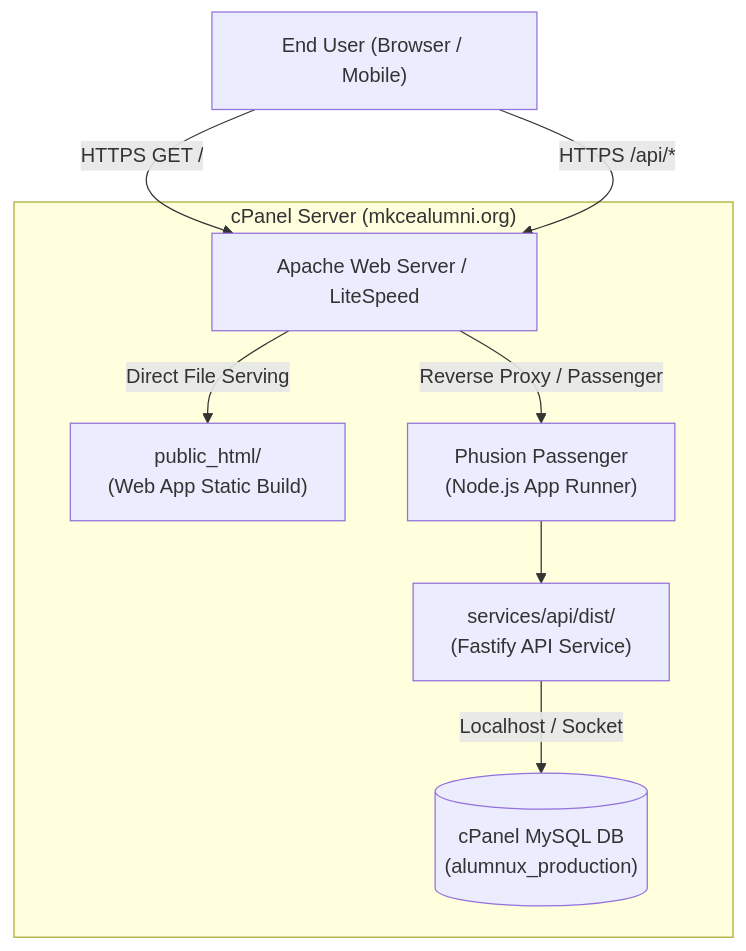
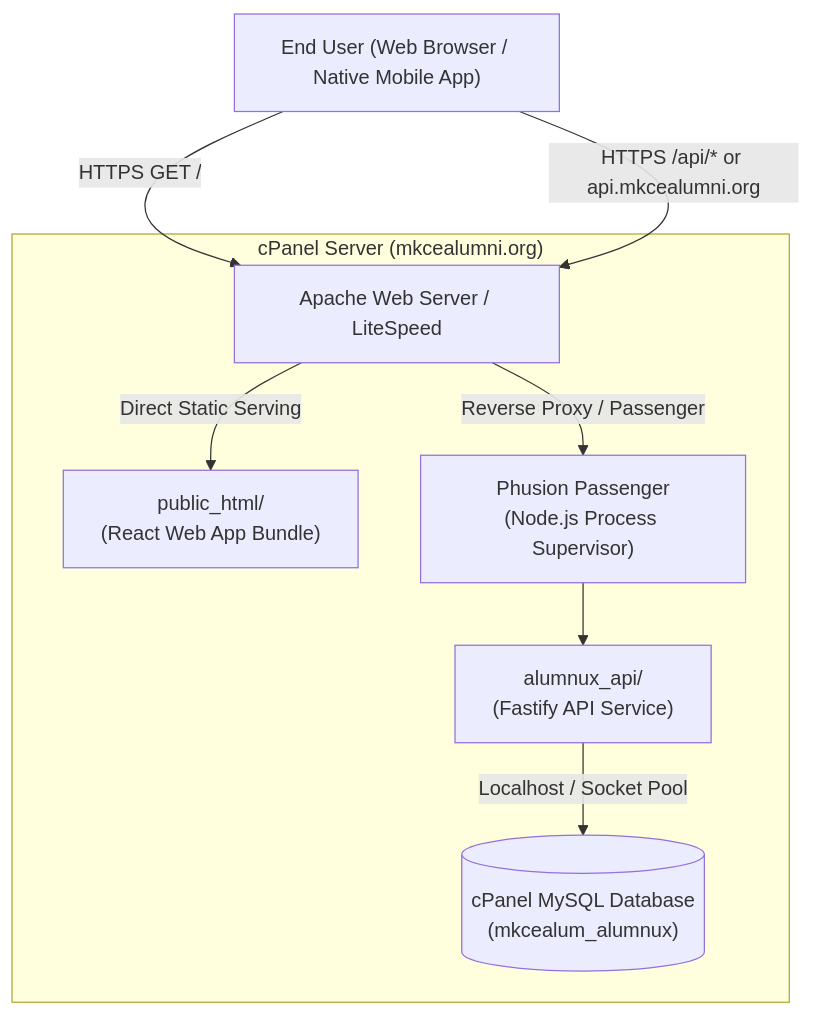
The diagram in docs/deployment/cpanel-deployment.md (mkcealumnus/Alumni), drawn with Mermaid before and after one commit. The commit also changed other lines of this file and 42 other files, not shown here.

Commit message:
feat(phase-2): implement authentication API, MySQL persistence, web cutover, and mobile app

````diff
--- a/docs/deployment/cpanel-deployment.md
+++ b/docs/deployment/cpanel-deployment.md
@@ -22,19 +22,19 @@
 ```mermaid
 graph TD
-    User["End User (Browser / Mobile)"]
+    User["End User (Web Browser / Native Mobile App)"]
 
     subgraph cPanel ["cPanel Server (mkcealumni.org)"]
         Apache["Apache Web Server / LiteSpeed"]
-        StaticRoot["public_html/<br/>(Web App Static Build)"]
-        Passenger["Phusion Passenger<br/>(Node.js App Runner)"]
-        NodeApp["services/api/dist/<br/>(Fastify API Service)"]
-        MySQL[("cPanel MySQL DB<br/>(alumnux_production)")]
+        StaticRoot["public_html/<br/>(React Web App Bundle)"]
+        Passenger["Phusion Passenger<br/>(Node.js Process Supervisor)"]
+        NodeApp["alumnux_api/<br/>(Fastify API Service)"]
+        MySQL[("cPanel MySQL Database<br/>(mkcealum_alumnux)")]
     end
 
     User -->|HTTPS GET /| Apache
-    Apache -->|Direct File Serving| StaticRoot
-    User -->|HTTPS /api/*| Apache
+    Apache -->|Direct Static Serving| StaticRoot
+    User -->|HTTPS /api/* or api.mkcealumni.org| Apache
     Apache -->|Reverse Proxy / Passenger| Passenger
     Passenger --> NodeApp
-    NodeApp -->|Localhost / Socket| MySQL
+    NodeApp -->|Localhost / Socket Pool| MySQL
 ```
````
